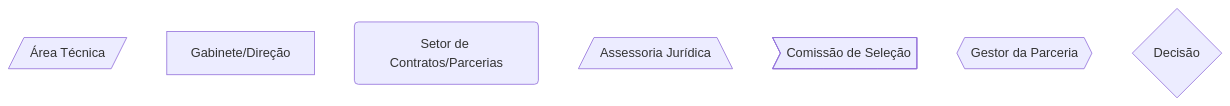
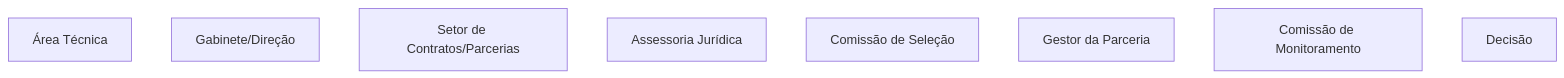
One commit to iepha-mg/manual.appi changed the second of 3 diagrams in paginas/marcos_regulatorios/MROSC/TC/README.md. Above: the diagram before and after it, drawn with Mermaid. The commit also changed other lines of this file, not shown here.

```diff
--- a/paginas/marcos_regulatorios/MROSC/TC/README.md
+++ b/paginas/marcos_regulatorios/MROSC/TC/README.md
@@ -161,10 +161,11 @@
 <div class="mermaid">
 flowchart TD
-    A_LEG@{ shape: lean-r, label: "Área Técnica" }
-    B_LEG@{ shape: rect, label: "Gabinete/Direção" }
-    C_LEG@{ shape: rounded, label: "Setor de Contratos/Parcerias" }
-    D_LEG@{ shape: trap-b, label: "Assessoria Jurídica" }
-    E_LEG@{ shape: odd, label: "Comissão de Seleção" }
-    F_LEG@{ shape: hex, label: "Gestor da Parceria" }
-    G_LEG@{ shape: diamond, label: "Decisão" }
+    A_LEG["Área Técnica"]
+    B_LEG["Gabinete/Direção"]
+    C_LEG["Setor de Contratos/Parcerias"]
+    D_LEG["Assessoria Jurídica"]
+    E_LEG["Comissão de Seleção"]
+    F_LEG["Gestor da Parceria"]
+    G_LEG["Comissão de Monitoramento"]
+    H_LEG["Decisão"]
 </div>
```
